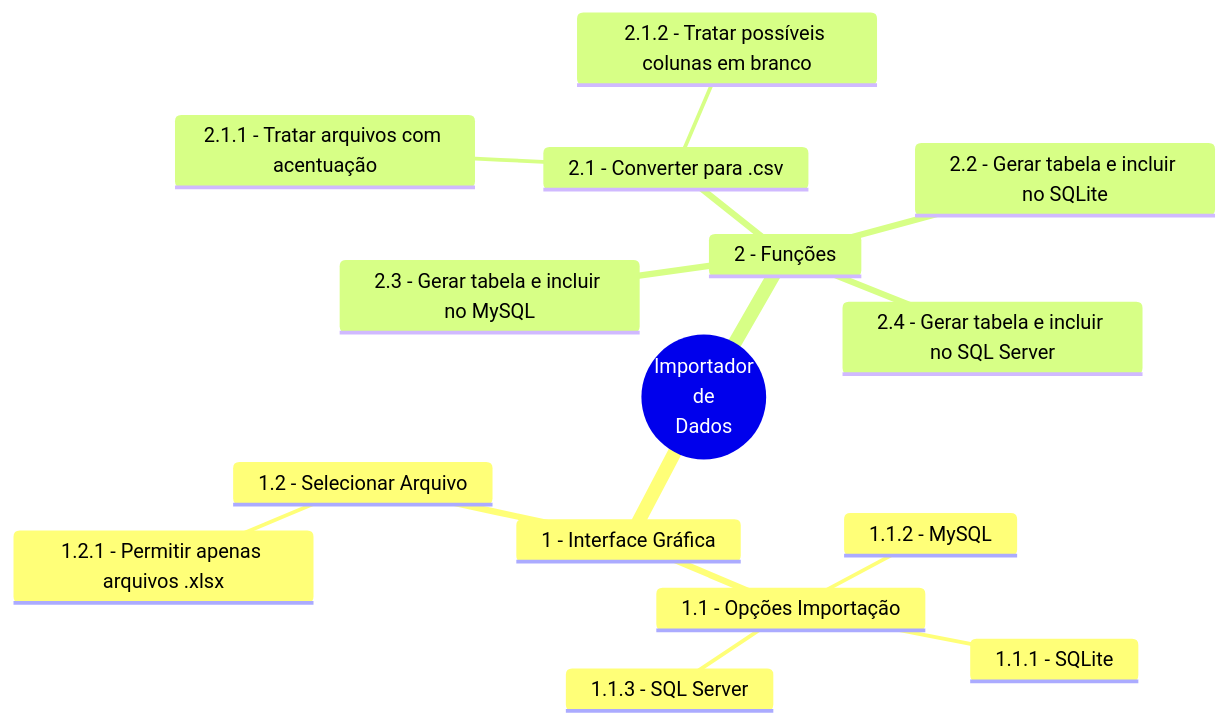
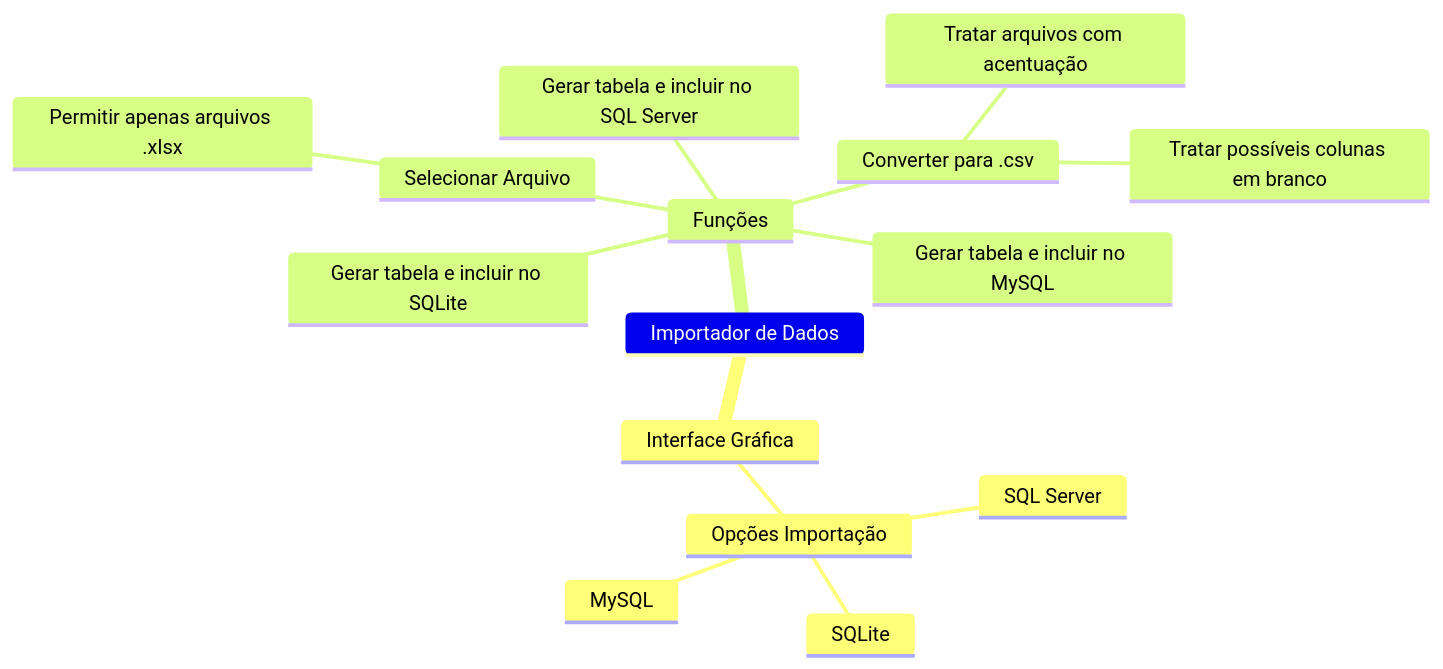
Before and after one commit to lhrp/converterExcelEmDados: the diagram in README.md, drawn with Mermaid.

````diff
--- a/README.md
+++ b/README.md
@@ -3,18 +3,18 @@
 ```mermaid
 mindmap
-  root((Importador <br> de <br> Dados))
-    1 - Interface Gráfica
-      1.1 - Opções Importação
-        1.1.1 - SQLite
-        1.1.2 - MySQL
-        1.1.3 - SQL Server
-      1.2 - Selecionar Arquivo
-        1.2.1 - Permitir apenas arquivos .xlsx
-    2 - Funções
-      2.1 - Converter para .csv
-        2.1.1 - Tratar arquivos com acentuação
-        2.1.2 - Tratar possíveis colunas em branco
-      2.2 - Gerar tabela e incluir no SQLite
-      2.3 - Gerar tabela e incluir no MySQL
-      2.4 - Gerar tabela e incluir no SQL Server
+    Importador de Dados
+        Interface Gráfica
+            Opções Importação
+                SQLite
+                MySQL
+                SQL Server            
+        Funções
+            Selecionar Arquivo
+                Permitir apenas arquivos .xlsx
+            Converter para .csv
+                Tratar arquivos com acentuação
+                Tratar possíveis colunas em branco
+            Gerar tabela e incluir no SQLite
+            Gerar tabela e incluir no MySQL
+            Gerar tabela e incluir no SQL Server
 ```
````
